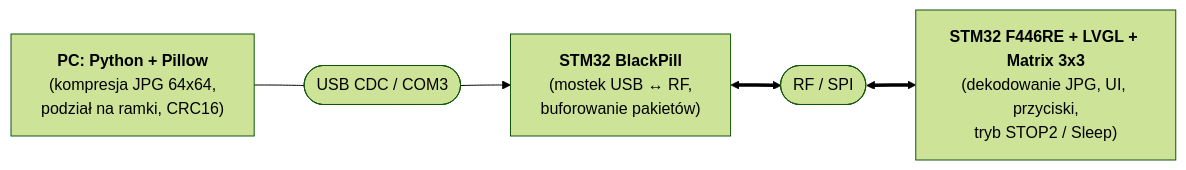
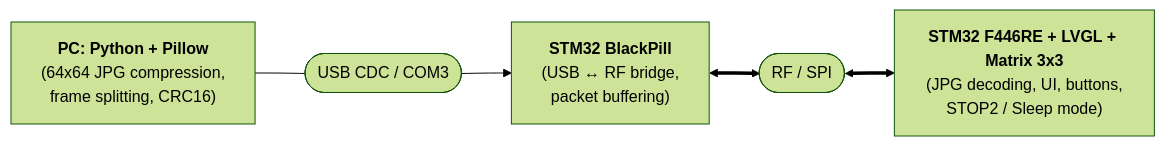
Before and after one commit to dominik-stanczyk/stm32-rf-media-remote: the diagram in README.md, drawn with Mermaid (forest theme).

Commit message:
docs: fix README.md flowchart

````diff
--- a/README.md
+++ b/README.md
@@ -11,11 +11,11 @@
 ```mermaid
 flowchart LR
-    PC["<b>PC: Python + Pillow</b><br/>(kompresja JPG 64x64,<br/>podział na ramki, CRC16)"]
+    PC["<b>PC: Python + Pillow</b><br/>(64x64 JPG compression,<br/>frame splitting, CRC16)"]
     USB(["USB CDC / COM3"])
-    BP["<b>STM32 BlackPill</b><br/>(mostek USB ↔ RF,<br/>buforowanie pakietów)"]
+    BP["<b>STM32 BlackPill</b><br/>(USB ↔ RF bridge,<br/>packet buffering)"]
     RF(["RF / SPI"])
-    F4["<b>STM32 F446RE + LVGL + Matrix 3x3</b><br/>(dekodowanie JPG, UI, przyciski,<br/>tryb STOP2 / Sleep)"]
+    F4["<b>STM32 F446RE + LVGL + Matrix 3x3</b><br/>(JPG decoding, UI, buttons,<br/>STOP2 / Sleep mode)"]
 
     PC --- USB --> BP
     BP <==> RF <==> F4
 ```
````
